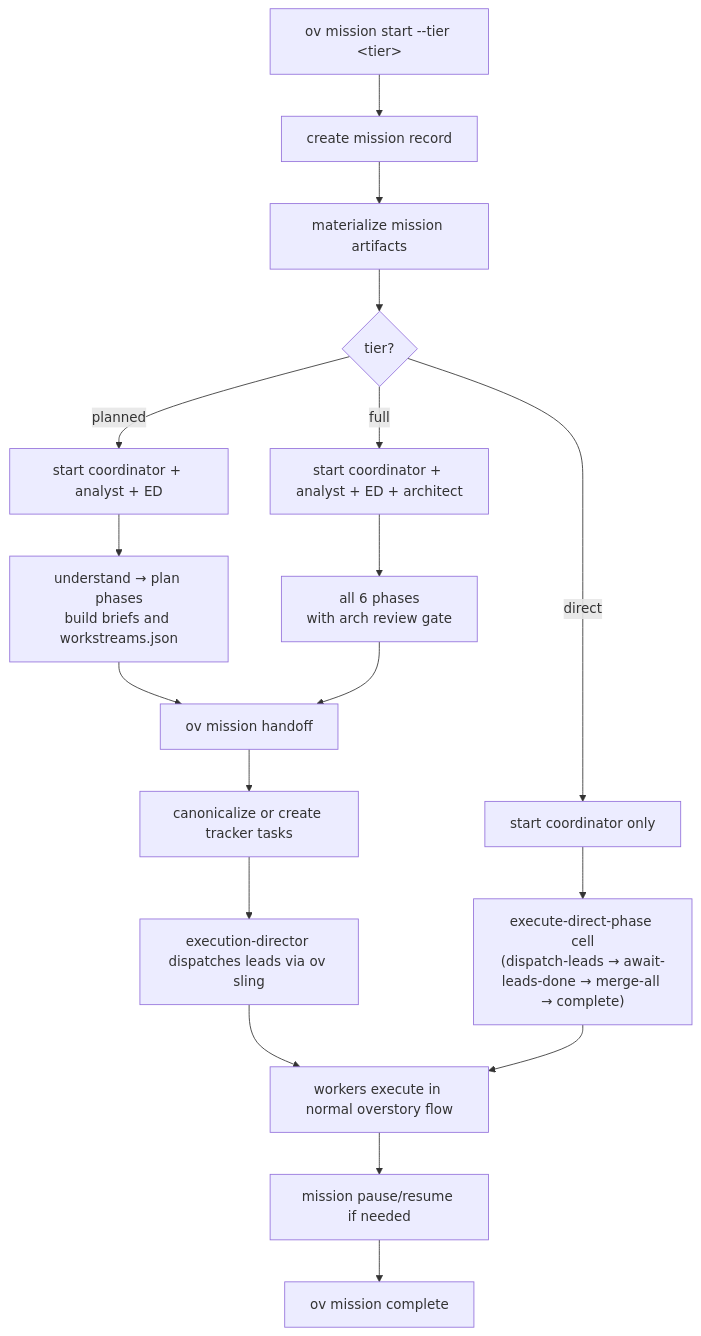
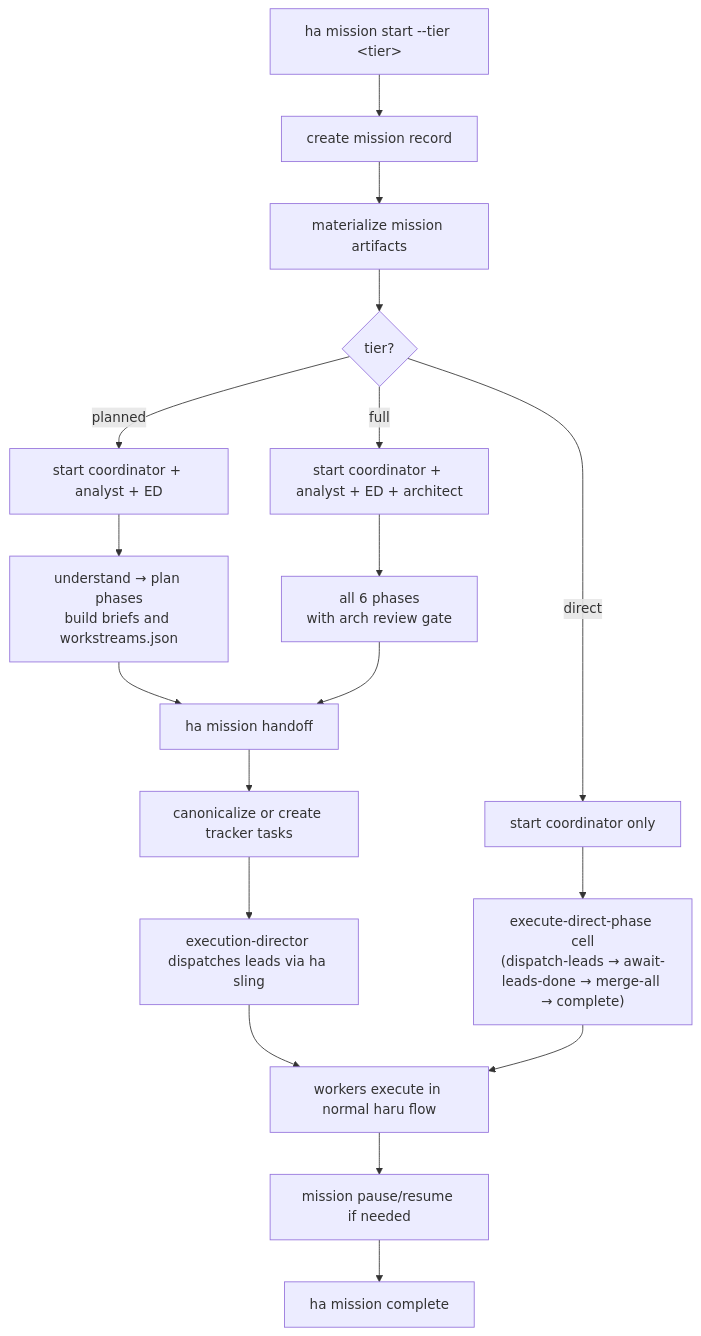
The eighth of 9 diagrams in docs/architecture/workflows.md (liker0704/haru), drawn with Mermaid before and after one commit. The commit also changed other lines of this file and 668 other files, not shown here.

First line of the commit message:
feat(rebrand): in-place rename overstory → haru (ws-overstory-to-haru-internal)

````diff
--- a/docs/architecture/workflows.md
+++ b/docs/architecture/workflows.md
@@ -363,24 +363,24 @@
 ```mermaid
 flowchart TD
-    Start["ov mission start --tier &lt;tier&gt;"] --> Store["create mission record"]
+    Start["ha mission start --tier &lt;tier&gt;"] --> Store["create mission record"]
     Store --> Artifacts["materialize mission artifacts"]
     Artifacts --> TierBranch{tier?}
 
     TierBranch -- direct --> DirectRoles["start coordinator only"]
     TierBranch -- planned --> PlannedRoles["start coordinator + analyst + ED"]
     TierBranch -- full --> FullRoles["start coordinator + analyst + ED + architect"]
 
     DirectRoles --> DirectExec["execute-direct-phase cell\n(dispatch-leads → await-leads-done → merge-all → complete)"]
     PlannedRoles --> Plan["understand → plan phases\nbuild briefs and workstreams.json"]
     FullRoles --> FullPlan["all 6 phases\nwith arch review gate"]
 
-    Plan --> Handoff["ov mission handoff"]
+    Plan --> Handoff["ha mission handoff"]
     FullPlan --> Handoff
     Handoff --> Bridge["canonicalize or create tracker tasks"]
-    Bridge --> Dispatch["execution-director dispatches leads via ov sling"]
-    Dispatch --> Work["workers execute in normal overstory flow"]
+    Bridge --> Dispatch["execution-director dispatches leads via ha sling"]
+    Dispatch --> Work["workers execute in normal haru flow"]
 
     DirectExec --> Work
     Work --> PauseResume["mission pause/resume if needed"]
-    PauseResume --> Complete["ov mission complete"]
+    PauseResume --> Complete["ha mission complete"]
 ```
````
